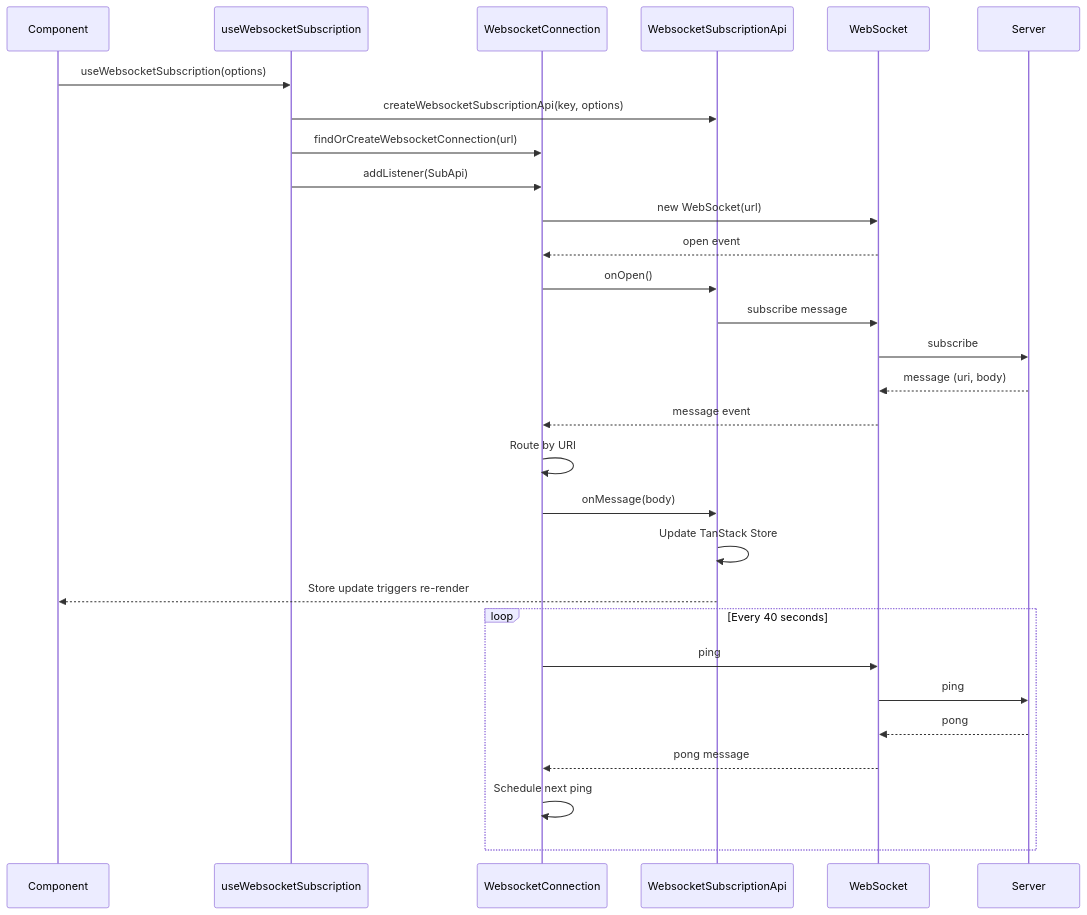
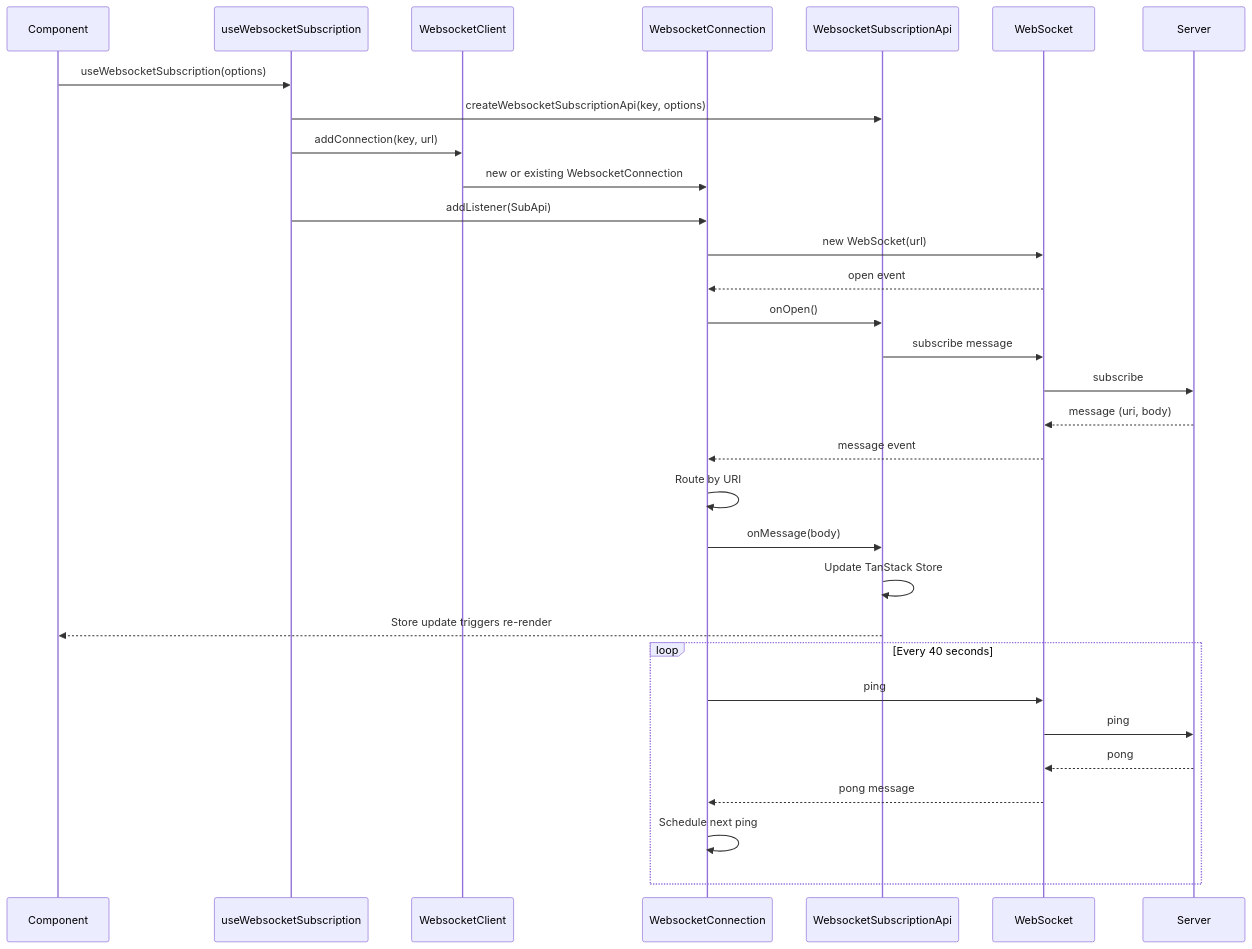
One commit to max-troost-io/use-websockets changed the fourth of 10 diagrams in src/lib/WEBSOCKET_CONNECTION.md. Above: the diagram before and after it, drawn with Mermaid. The commit also changed other lines of this file and 25 other files, not shown here.

Commit message:
Remove CHART.md file, update README with new message format and features, and refactor WebSocket connection handling by removing notistack dependency for notifications. Enhance helper functions and improve type definitions for better clarity and usability.

````diff
--- a/src/lib/WEBSOCKET_CONNECTION.md
+++ b/src/lib/WEBSOCKET_CONNECTION.md
@@ -215,35 +228,37 @@
 ```mermaid
 sequenceDiagram
     participant Component
     participant Hook as useWebsocketSubscription
+    participant Client as WebsocketClient
     participant Connection as WebsocketConnection
     participant SubApi as WebsocketSubscriptionApi
     participant Socket as WebSocket
     participant Server
 
     Component->>Hook: useWebsocketSubscription(options)
     Hook->>SubApi: createWebsocketSubscriptionApi(key, options)
-    Hook->>Connection: findOrCreateWebsocketConnection(url)
+    Hook->>Client: addConnection(key, url)
+    Client->>Connection: new or existing WebsocketConnection
     Hook->>Connection: addListener(SubApi)
     Connection->>Socket: new WebSocket(url)
 
     Socket-->>Connection: open event
     Connection->>SubApi: onOpen()
     SubApi->>Socket: subscribe message
     Socket->>Server: subscribe
 
     Server-->>Socket: message (uri, body)
     Socket-->>Connection: message event
     Connection->>Connection: Route by URI
     Connection->>SubApi: onMessage(body)
     SubApi->>SubApi: Update TanStack Store
     SubApi-->>Component: Store update triggers re-render
 
     loop Every 40 seconds
         Connection->>Socket: ping
         Socket->>Server: ping
         Server-->>Socket: pong
         Socket-->>Connection: pong message
         Connection->>Connection: Schedule next ping
     end
 ```
````
